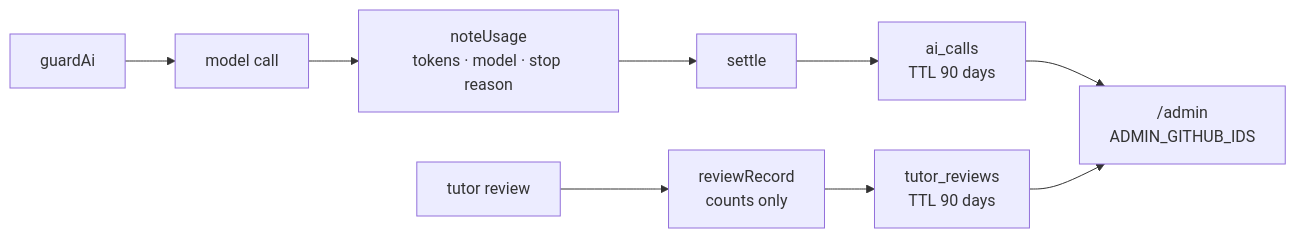
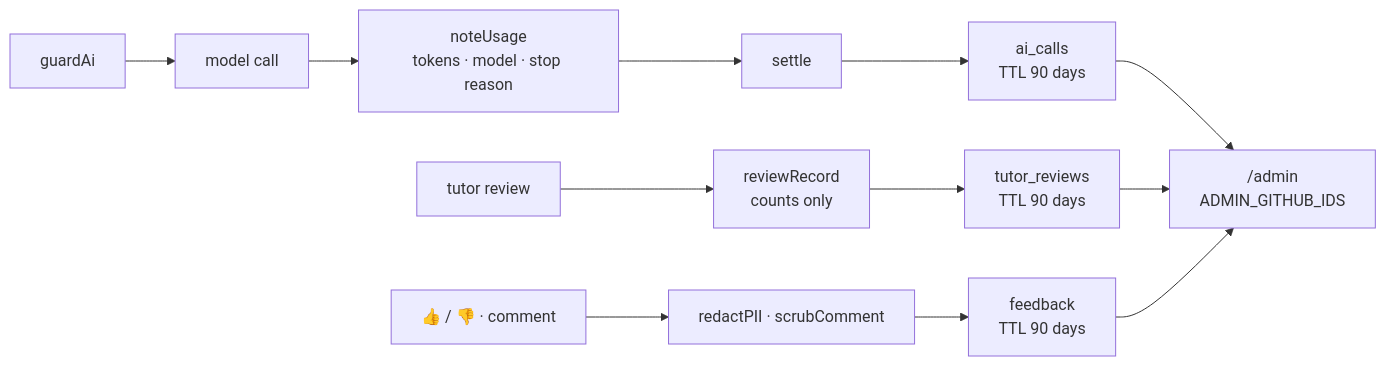
Diagram 13 of 13 in docs/architecture.md (mrlynn/claude-triage-api), drawn with Mermaid before and after one commit. The commit also changed other lines of this file and 28 other files, not shown here.

First line of the commit message:
Collect feedback across the course and triage it in the admin console

````diff
--- a/docs/architecture.md
+++ b/docs/architecture.md
@@ -612,11 +612,14 @@
 ```mermaid
 flowchart LR
     Gate["guardAi"] --> Call["model call"]
     Call --> Note["noteUsage<br/>tokens · model · stop reason"]
     Note --> Settle["settle"]
     Settle --> Calls["ai_calls<br/>TTL 90 days"]
     Review["tutor review"] --> Reduce["reviewRecord<br/>counts only"]
     Reduce --> Reviews["tutor_reviews<br/>TTL 90 days"]
     Calls --> Admin["/admin<br/>ADMIN_GITHUB_IDS"]
     Reviews --> Admin
+    Rate["👍 / 👎 · comment"] --> Scrub["redactPII · scrubComment"]
+    Scrub --> Feedback["feedback<br/>TTL 90 days"]
+    Feedback --> Admin
 ```
````
